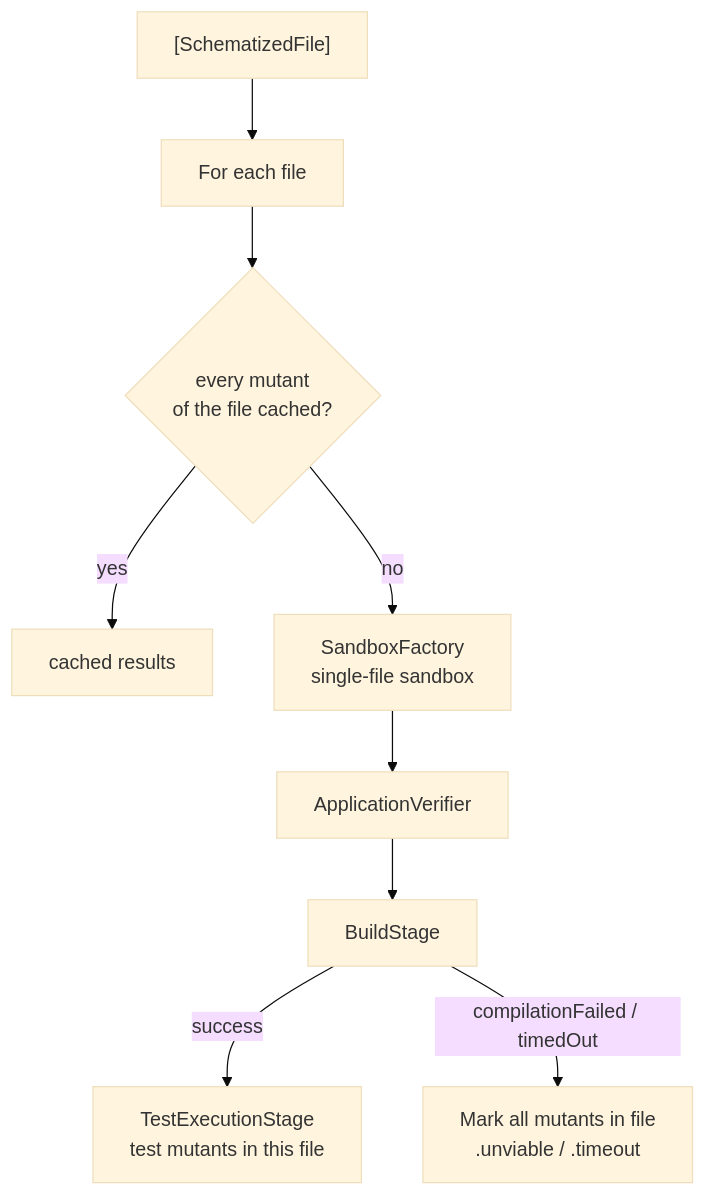
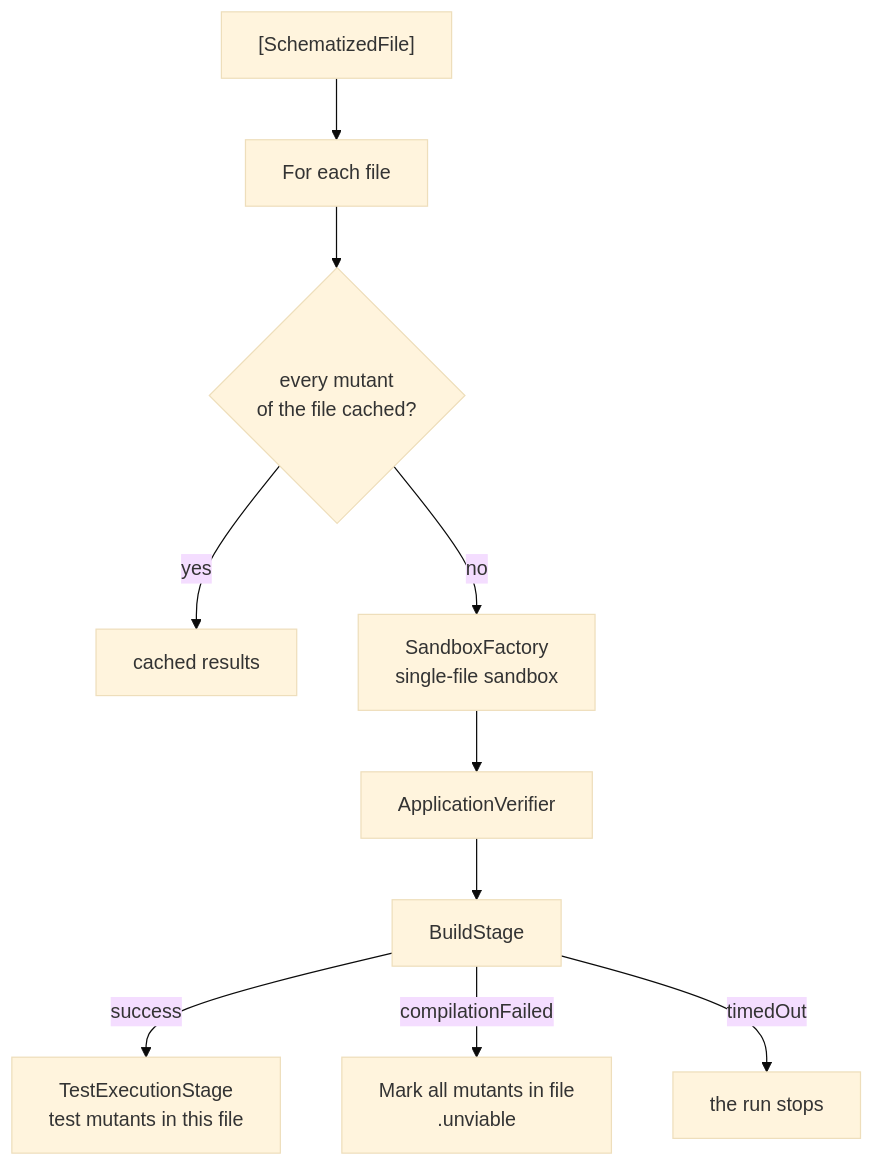
Before and after one commit to ericodx/swift-mutation-testing: the fourth of 6 diagrams in Docs/Architecture/03-execution.md, drawn with Mermaid (base theme). The commit also changed other lines of this file and 4 other files, not shown here.

Commit message:
docs: describe build timeouts ending the run and the Xcode timeout killing detached descendants

````diff
--- a/Docs/Architecture/03-execution.md
+++ b/Docs/Architecture/03-execution.md
@@ -190,11 +190,12 @@
 ```mermaid
 flowchart TD
     FILES["[SchematizedFile]"] --> LOOP["For each file"]
     LOOP --> CACHED{"every mutant\nof the file cached?"}
     CACHED -- yes --> DONE[cached results]
     CACHED -- no --> SF["SandboxFactory\nsingle-file sandbox"]
     SF --> AV[ApplicationVerifier]
     AV --> BS[BuildStage]
     BS -- success --> TES["TestExecutionStage\ntest mutants in this file"]
-    BS -- "compilationFailed / timedOut" --> UNVIABLE["Mark all mutants in file\n.unviable / .timeout"]
+    BS -- compilationFailed --> UNVIABLE["Mark all mutants in file\n.unviable"]
+    BS -- timedOut --> STOP["the run stops"]
 ```
````
